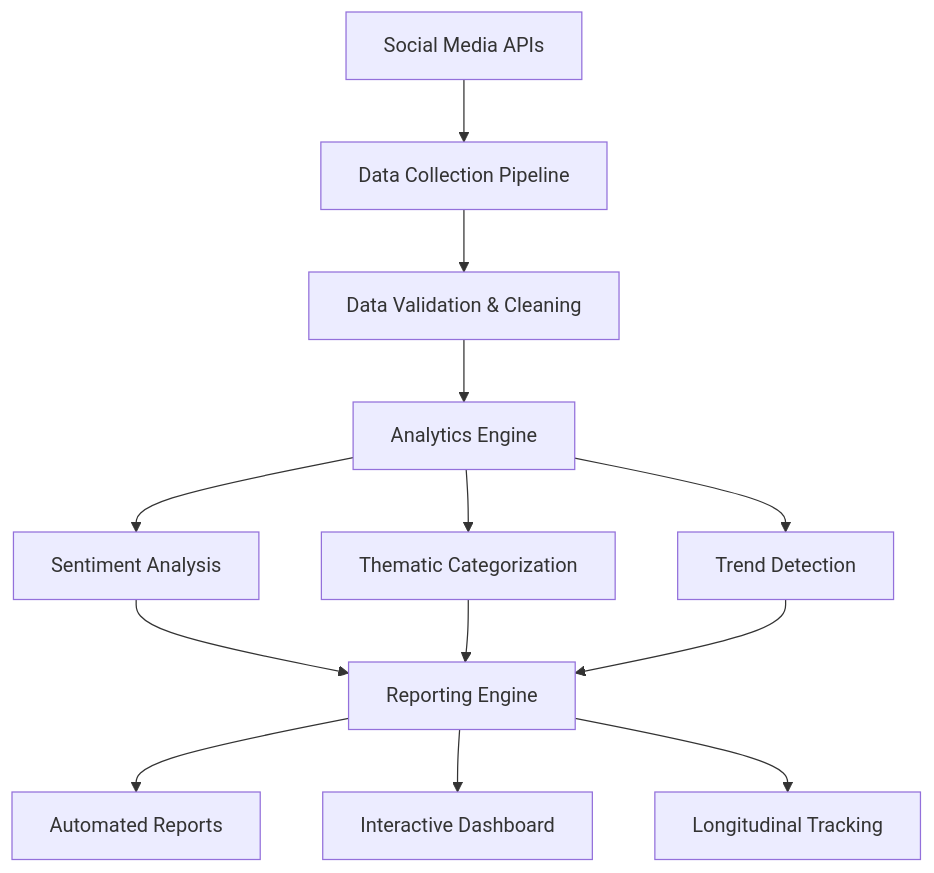
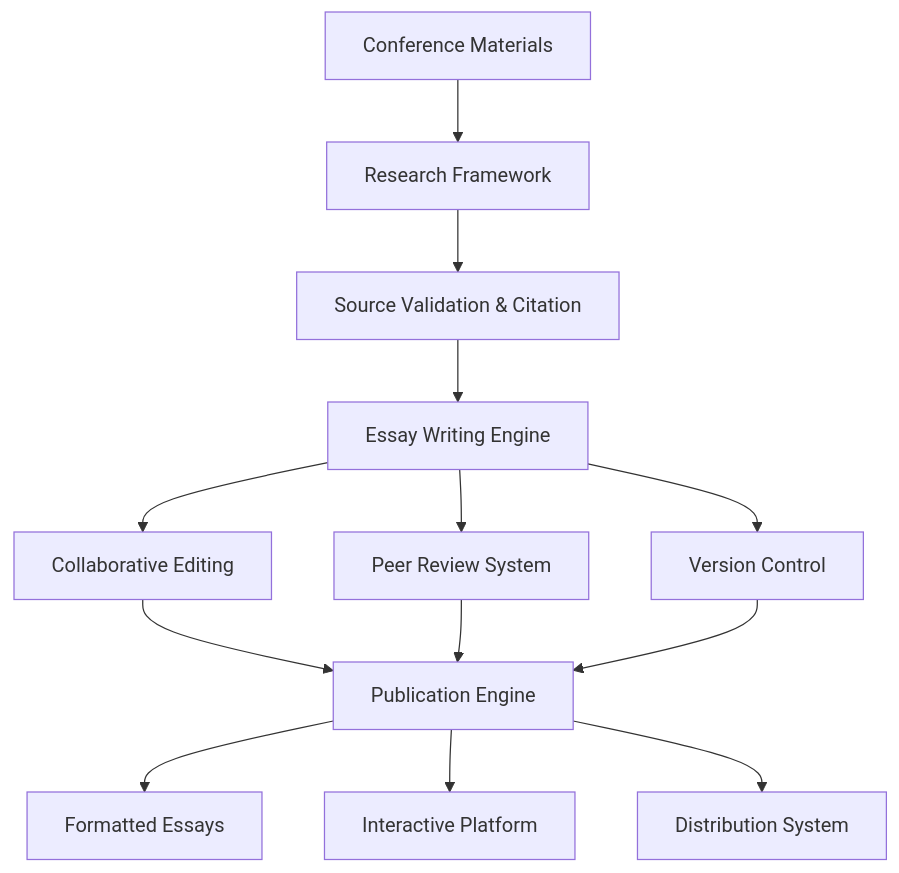
The diagram in docs/architecture.md (andkov/aim-agency-2025), drawn with Mermaid before and after one commit. The commit also changed other lines of this file and 2 other files, not shown here.

Commit message:
Complete pivot with architecture update and getting started guide

````diff
--- a/docs/architecture.md
+++ b/docs/architecture.md
@@ -9,15 +9,15 @@
 ```mermaid
 graph TB
-    A[Social Media APIs] --> B[Data Collection Pipeline]
-    B --> C[Data Validation & Cleaning]
-    C --> D[Analytics Engine]
-    D --> E[Sentiment Analysis]
-    D --> F[Thematic Categorization]
-    D --> G[Trend Detection]
-    E --> H[Reporting Engine]
+    A[Conference Materials] --> B[Research Framework]
+    B --> C[Source Validation & Citation]
+    C --> D[Essay Writing Engine]
+    D --> E[Collaborative Editing]
+    D --> F[Peer Review System]
+    D --> G[Version Control]
+    E --> H[Publication Engine]
     F --> H
     G --> H
-    H --> I[Automated Reports]
-    H --> J[Interactive Dashboard]
-    H --> K[Longitudinal Tracking]
+    H --> I[Formatted Essays]
+    H --> J[Interactive Platform]
+    H --> K[Distribution System]
 ```
````
